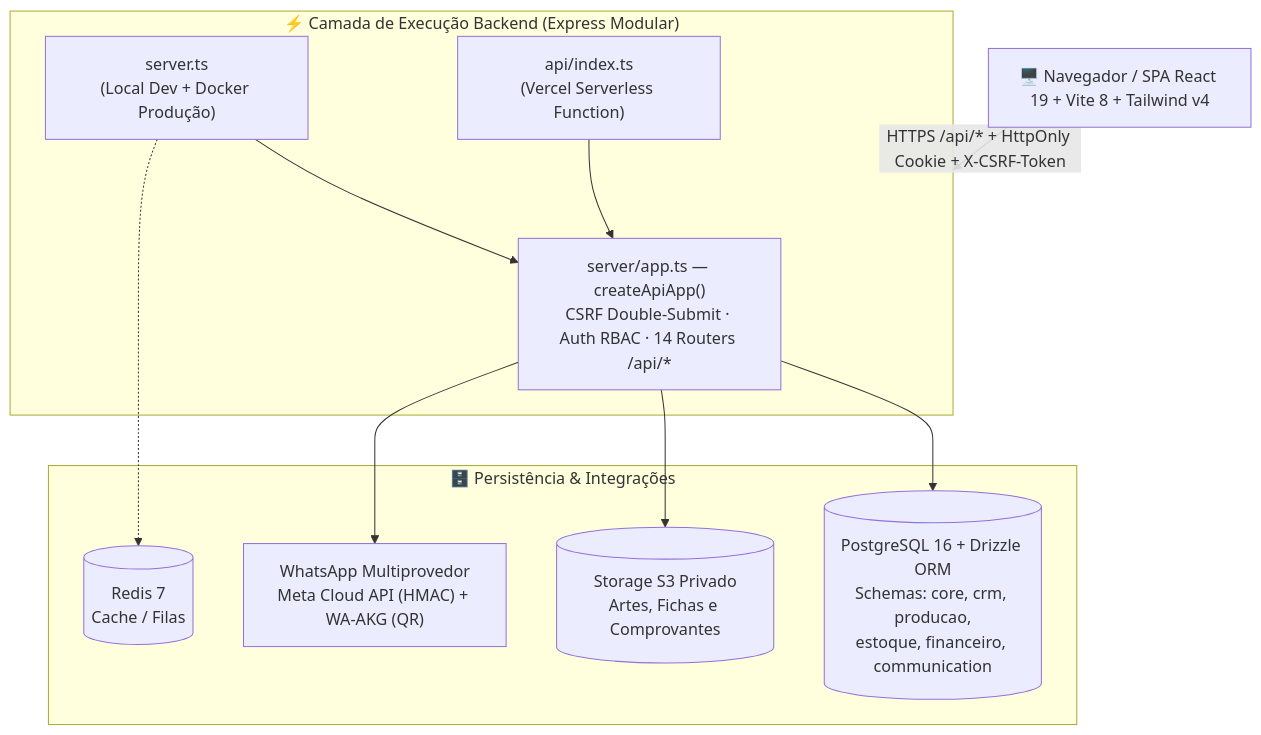
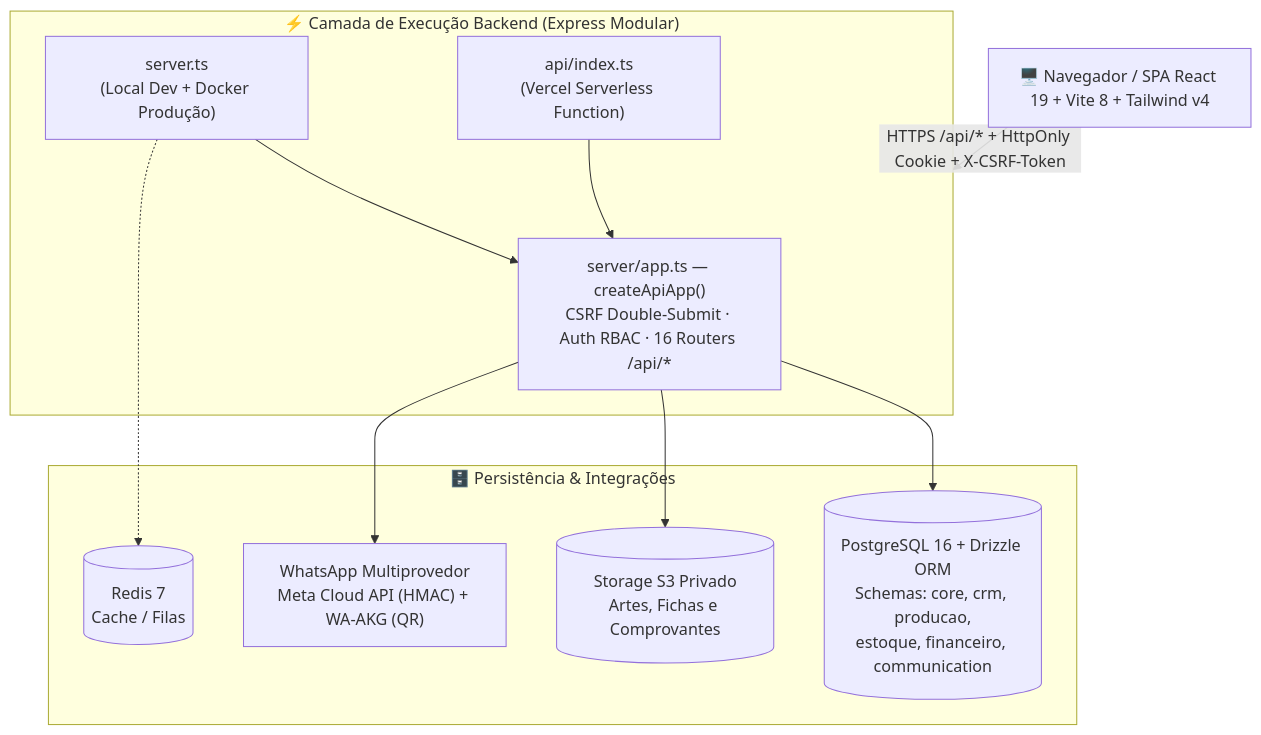
Before and after one commit to enlaceslz/defardas: the second of 3 diagrams in README.md, drawn with Mermaid. The commit also changed other lines of this file and 92 other files, not shown here.

````diff
--- a/README.md
+++ b/README.md
@@ -89,25 +89,25 @@
 ```mermaid
 flowchart TB
     Client["🖥️ Navegador / SPA React 19 + Vite 8 + Tailwind v4"]
 
     subgraph Runtime["⚡ Camada de Execução Backend (Express Modular)"]
-        AppFactory["server/app.ts — createApiApp()<br/>CSRF Double-Submit · Auth RBAC · 14 Routers /api/*"]
+        AppFactory["server/app.ts — createApiApp()<br/>CSRF Double-Submit · Auth RBAC · 16 Routers /api/*"]
         NodeSrv["server.ts<br/>(Local Dev + Docker Produção)"]
         VercelFn["api/index.ts<br/>(Vercel Serverless Function)"]
         NodeSrv --> AppFactory
         VercelFn --> AppFactory
     end
 
     subgraph Data["🗄️ Persistência & Integrações"]
         PG[("PostgreSQL 16 + Drizzle ORM<br/>Schemas: core, crm, producao,<br/>estoque, financeiro, communication")]
         Redis[("Redis 7<br/>Cache / Filas")]
         S3[("Storage S3 Privado<br/>Artes, Fichas e Comprovantes")]
         WA["WhatsApp Multiprovedor<br/>Meta Cloud API (HMAC) + WA-AKG (QR)"]
     end
 
     Client -- "HTTPS /api/* + HttpOnly Cookie + X-CSRF-Token" --> Runtime
     AppFactory --> PG
     AppFactory --> S3
     AppFactory --> WA
     NodeSrv -.-> Redis
 ```
````
